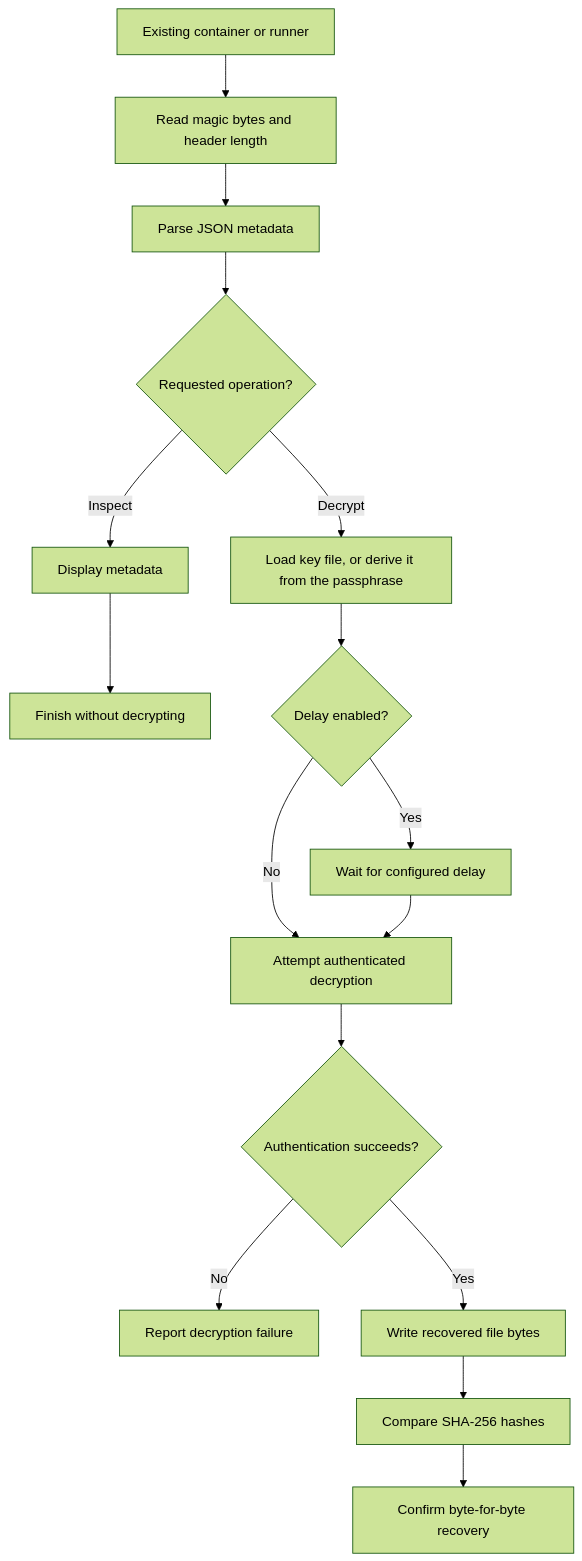
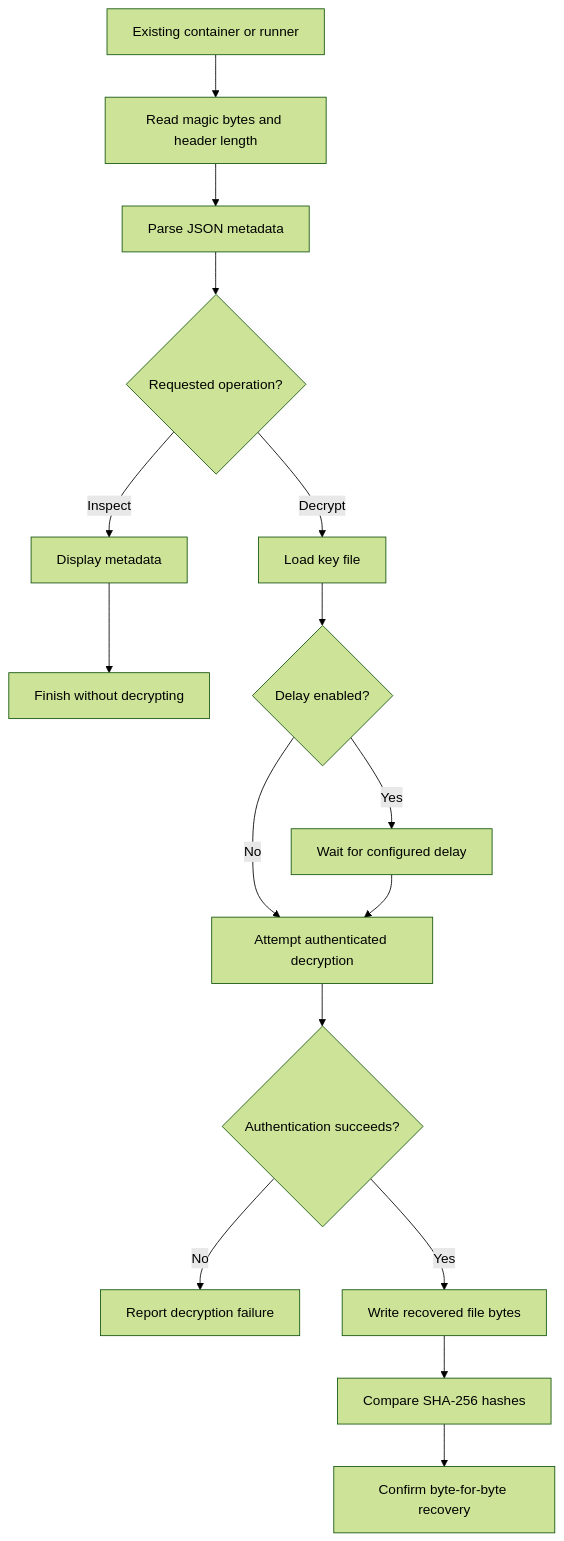
The second of 8 diagrams in README.md (fahdaguenouz/hidden-bytes), drawn with Mermaid (forest theme) before and after one commit. The commit also changed other lines of this file and 6 other files, not shown here.

````diff
--- a/README.md
+++ b/README.md
@@ -80,21 +81,21 @@
 ```mermaid
 flowchart TD
     A["Existing container or runner"] --> B["Read magic bytes and header length"]
     B --> C["Parse JSON metadata"]
     C --> D{"Requested operation?"}
 
     D -- "Inspect" --> E["Display metadata"]
     E --> F["Finish without decrypting"]
 
-    D -- "Decrypt" --> G["Load key file, or derive it from the passphrase"]
+    D -- "Decrypt" --> G["Load key file"]
     G --> H{"Delay enabled?"}
     H -- "Yes" --> I["Wait for configured delay"]
     H -- "No" --> J["Attempt authenticated decryption"]
     I --> J
 
     J --> K{"Authentication succeeds?"}
     K -- "No" --> L["Report decryption failure"]
     K -- "Yes" --> M["Write recovered file bytes"]
     M --> N["Compare SHA-256 hashes"]
     N --> O["Confirm byte-for-byte recovery"]
 ```
````
